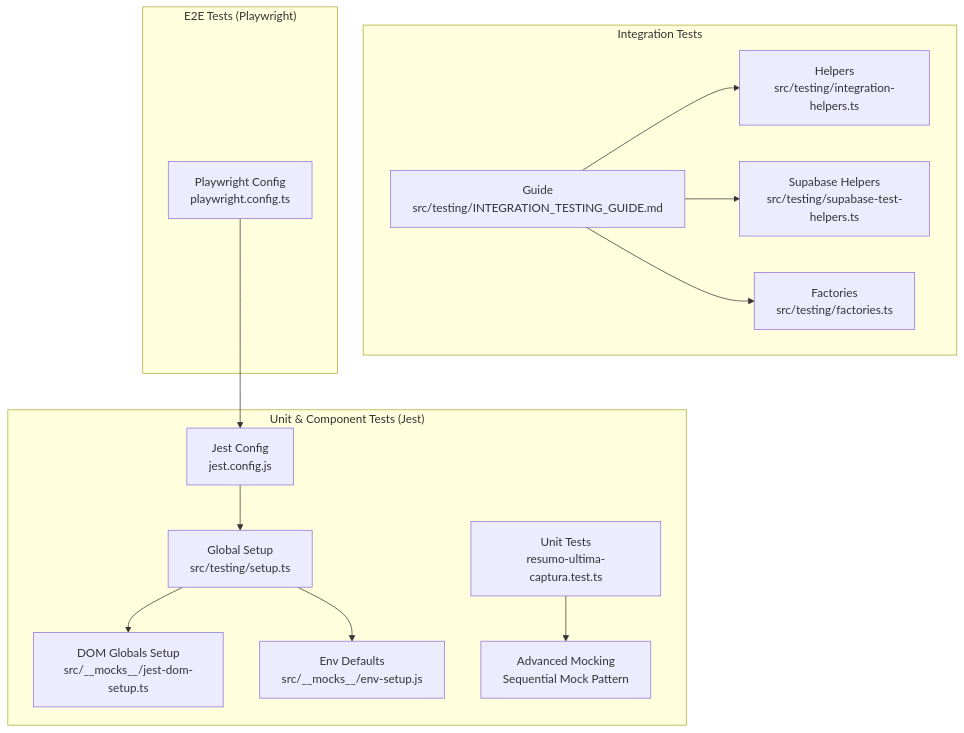
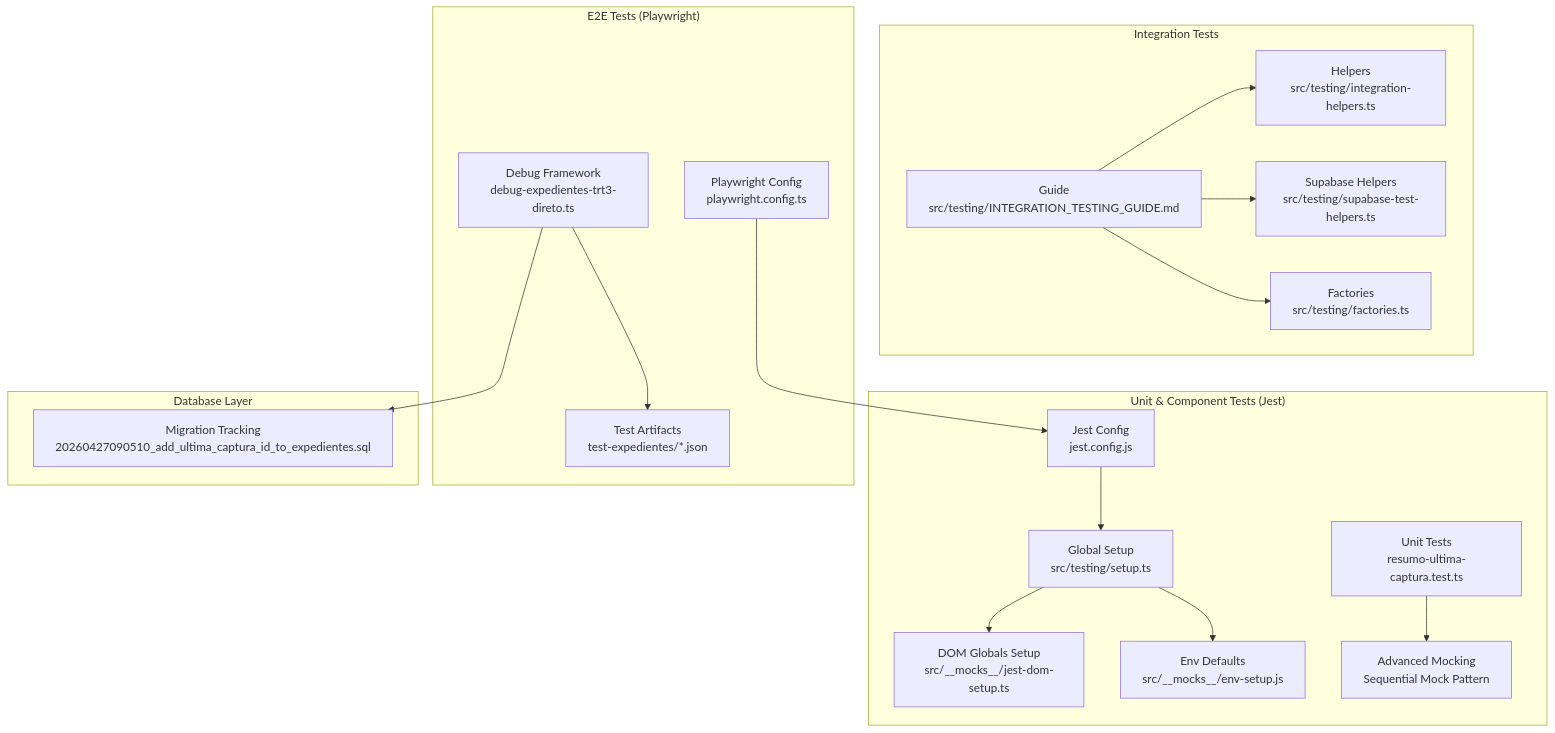
One commit to SinesysTech/zattar-os changed the first of 11 diagrams in .qoder/repowiki/en/content/Development Guide/Testing Strategy and Implementation.md. Above: the diagram before and after it, drawn with Mermaid. The commit also changed other lines of this file and 8 other files, not shown here.

````diff
--- a/.qoder/repowiki/en/content/Development Guide/Testing Strategy and Implementation.md
+++ b/.qoder/repowiki/en/content/Development Guide/Testing Strategy and Implementation.md
@@ -52,28 +75,35 @@
 ```mermaid
 graph TB
 subgraph "Unit & Component Tests (Jest)"
 JCFG["Jest Config<br/>jest.config.js"]
 SETUP["Global Setup<br/>src/testing/setup.ts"]
 JDOM["DOM Globals Setup<br/>src/__mocks__/jest-dom-setup.ts"]
 ENV["Env Defaults<br/>src/__mocks__/env-setup.js"]
 RESUMO["Unit Tests<br/>resumo-ultima-captura.test.ts"]
 ENDTOEND["Advanced Mocking<br/>Sequential Mock Pattern"]
 end
 subgraph "Integration Tests"
 IG["Guide<br/>src/testing/INTEGRATION_TESTING_GUIDE.md"]
 IH["Helpers<br/>src/testing/integration-helpers.ts"]
 SH["Supabase Helpers<br/>src/testing/supabase-test-helpers.ts"]
 FAC["Factories<br/>src/testing/factories.ts"]
 end
 subgraph "E2E Tests (Playwright)"
 PCFG["Playwright Config<br/>playwright.config.ts"]
+DEBUG["Debug Framework<br/>debug-expedientes-trt3-direto.ts"]
+ARTIFACTS["Test Artifacts<br/>test-expedientes/*.json"]
+end
+subgraph "Database Layer"
+MIG["Migration Tracking<br/>20260427090510_add_ultima_captura_id_to_expedientes.sql"]
 end
 JCFG --> SETUP
 SETUP --> JDOM
 SETUP --> ENV
 IG --> IH
 IG --> SH
 IG --> FAC
 PCFG --> JCFG
 RESUMO --> ENDTOEND
+DEBUG --> ARTIFACTS
+DEBUG --> MIG
 ```
````
